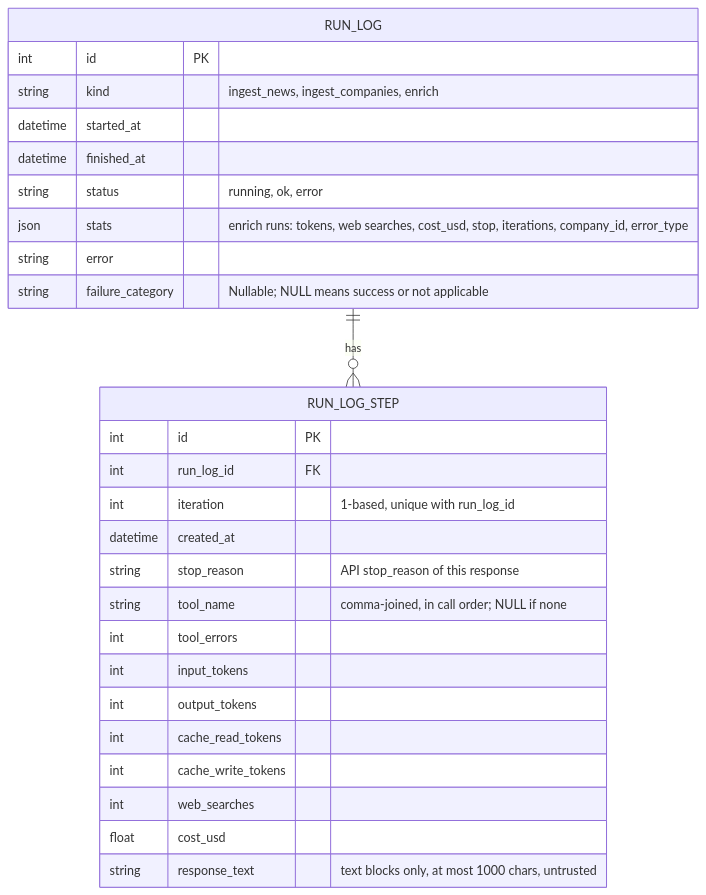
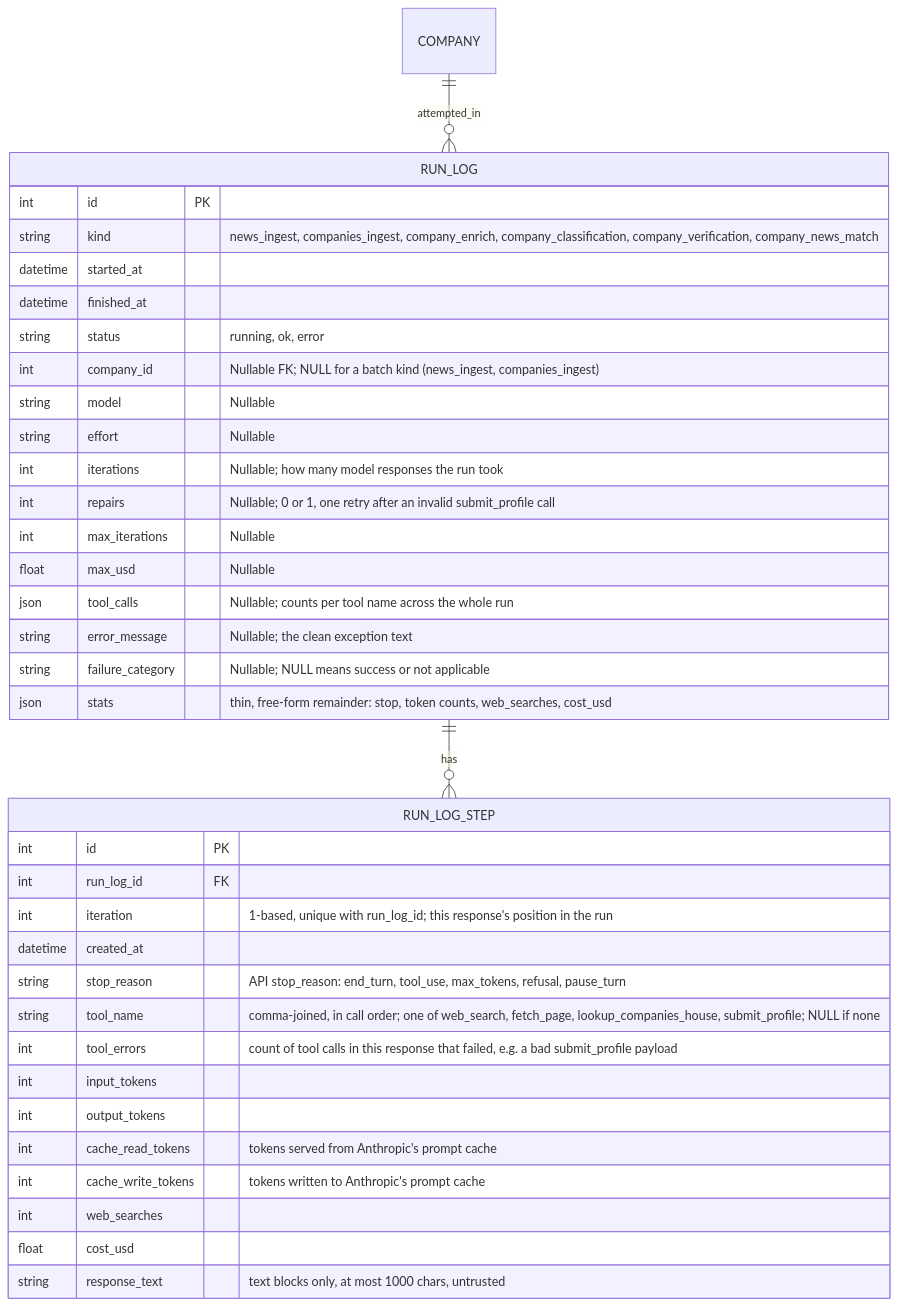
The second of 2 diagrams in docs/architecture/2. data-model.md (Farzaanee/sprout), drawn with Mermaid before and after one commit. The commit also changed other lines of this file and 16 other files, not shown here.

Commit message:
add new columns in run_log table

````diff
--- a/docs/architecture/2. data-model.md
+++ b/docs/architecture/2. data-model.md
@@ -70,30 +70,39 @@
 ```mermaid
 erDiagram
+    COMPANY ||--o{ RUN_LOG : attempted_in
     RUN_LOG ||--o{ RUN_LOG_STEP : has
     RUN_LOG {
         int id PK
-        string kind "ingest_news, ingest_companies, enrich"
+        string kind "news_ingest, companies_ingest, company_enrich, company_classification, company_verification, company_news_match"
         datetime started_at
         datetime finished_at
         string status "running, ok, error"
-        json stats "enrich runs: tokens, web searches, cost_usd, stop, iterations, company_id, error_type"
-        string error
+        int company_id "Nullable FK; NULL for a batch kind (news_ingest, companies_ingest)"
+        string model "Nullable"
+        string effort "Nullable"
+        int iterations "Nullable; how many model responses the run took"
+        int repairs "Nullable; 0 or 1, one retry after an invalid submit_profile call"
+        int max_iterations "Nullable"
+        float max_usd "Nullable"
+        json tool_calls "Nullable; counts per tool name across the whole run"
+        string error_message "Nullable; the clean exception text"
         string failure_category "Nullable; NULL means success or not applicable"
+        json stats "thin, free-form remainder: stop, token counts, web_searches, cost_usd"
     }
     RUN_LOG_STEP {
         int id PK
         int run_log_id FK
-        int iteration "1-based, unique with run_log_id"
+        int iteration "1-based, unique with run_log_id; this response's position in the run"
         datetime created_at
-        string stop_reason "API stop_reason of this response"
-        string tool_name "comma-joined, in call order; NULL if none"
-        int tool_errors
+        string stop_reason "API stop_reason: end_turn, tool_use, max_tokens, refusal, pause_turn"
+        string tool_name "comma-joined, in call order; one of web_search, fetch_page, lookup_companies_house, submit_profile; NULL if none"
+        int tool_errors "count of tool calls in this response that failed, e.g. a bad submit_profile payload"
         int input_tokens
         int output_tokens
-        int cache_read_tokens
-        int cache_write_tokens
+        int cache_read_tokens "tokens served from Anthropic's prompt cache"
+        int cache_write_tokens "tokens written to Anthropic's prompt cache"
         int web_searches
         float cost_usd
         string response_text "text blocks only, at most 1000 chars, untrusted"
     }
 ```
````
